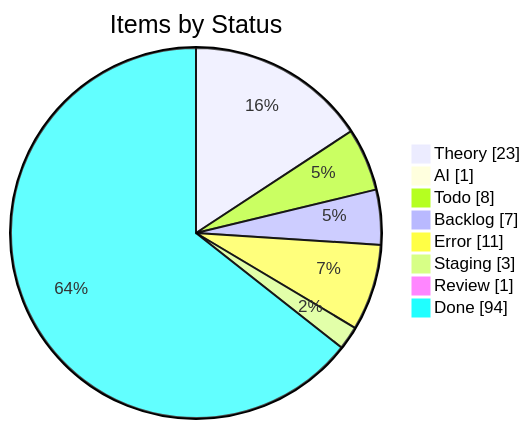
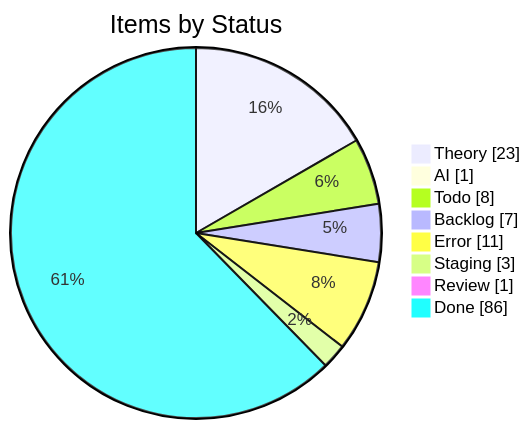
The first of 4 diagrams in apps/kbve/astro-kbve/src/content/docs/dashboard/kanban-data.mdx (KBVE/kbve), drawn with Mermaid before and after one commit. The commit also changed other lines of this file and 7 other files, not shown here.

````diff
--- a/apps/kbve/astro-kbve/src/content/docs/dashboard/kanban-data.mdx
+++ b/apps/kbve/astro-kbve/src/content/docs/dashboard/kanban-data.mdx
@@ -55,12 +55,12 @@
 ```mermaid
 pie showData
     title Items by Status
     "Theory" : 23
     "AI" : 1
     "Todo" : 8
     "Backlog" : 7
     "Error" : 11
     "Staging" : 3
     "Review" : 1
-    "Done" : 94
+    "Done" : 86
 ```
````
